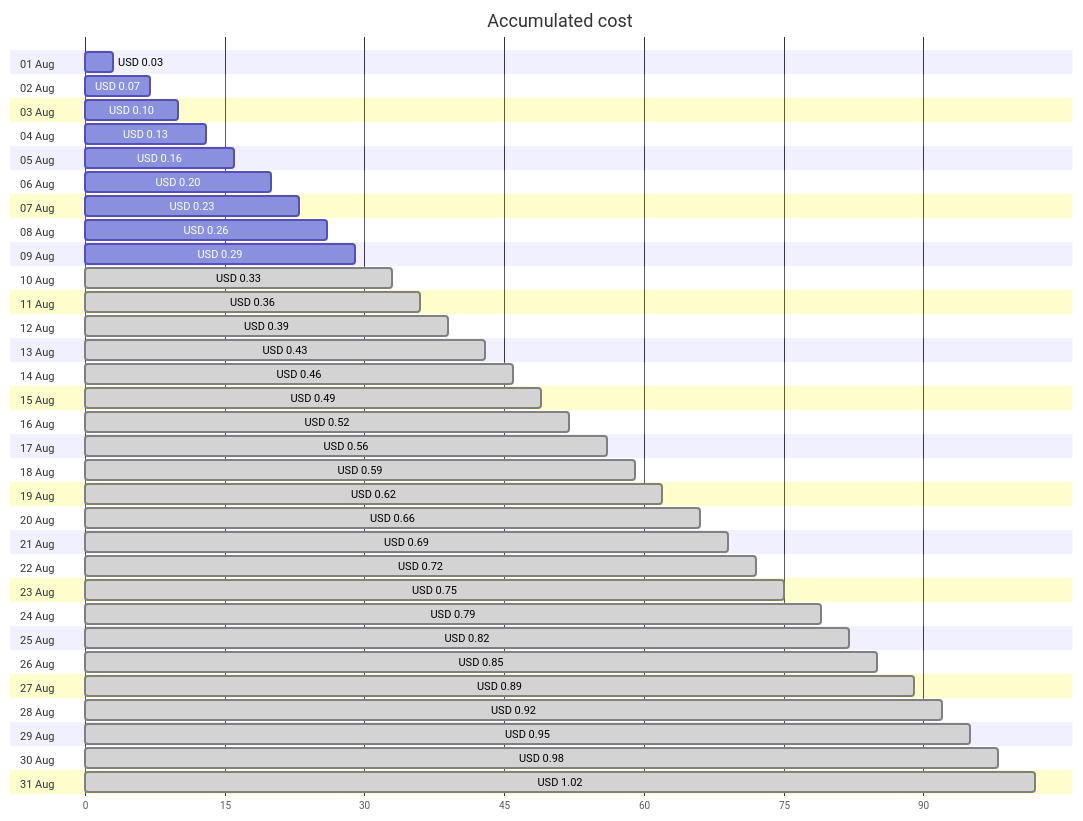
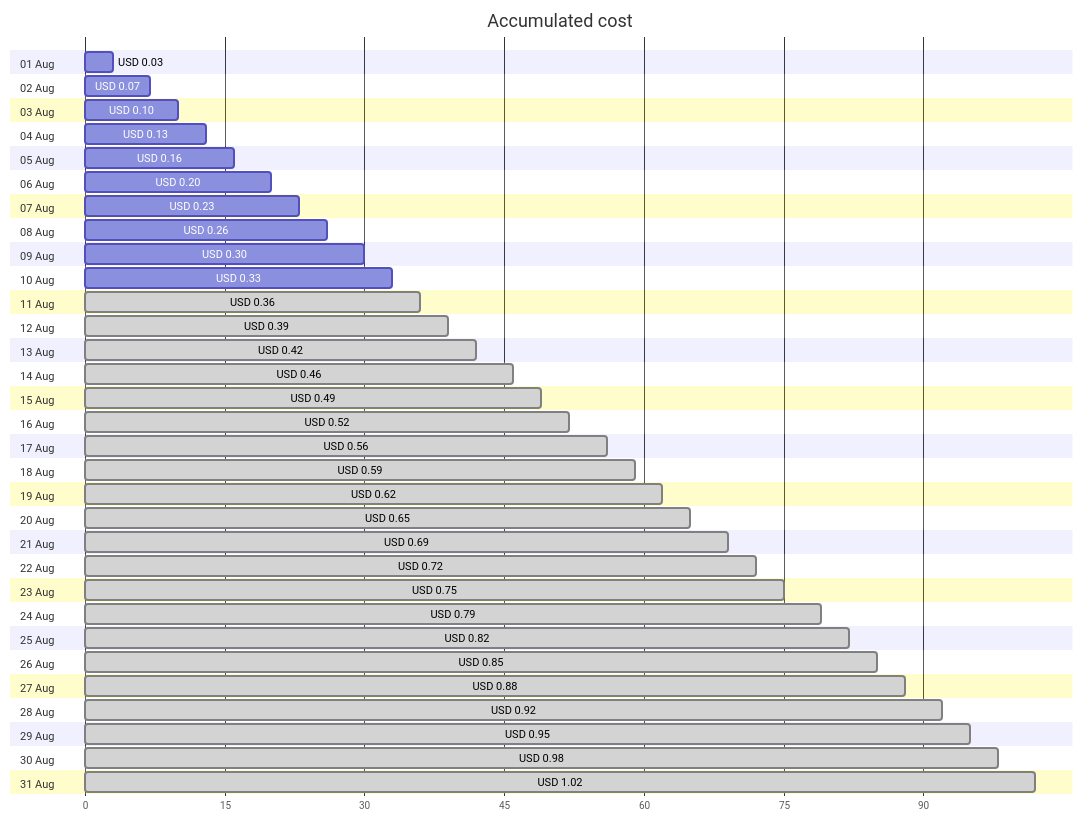
The first of 4 diagrams in cost-reports/personal-dns/README.md (jpfulton/azure-personal-reports), drawn with Mermaid before and after one commit. The commit also changed other lines of this file and 2 other files, not shown here.

````diff
--- a/cost-reports/personal-dns/README.md
+++ b/cost-reports/personal-dns/README.md
@@ -20,68 +20,68 @@
 ```mermaid
 gantt
    title Accumulated cost
    dateFormat  X
    axisFormat %s
    section 01 Aug
    USD 0.03 :0, 3
    section 02 Aug
    USD 0.07 :0, 7
    section 03 Aug
    USD 0.10 :0, 10
    section 04 Aug
    USD 0.13 :0, 13
    section 05 Aug
    USD 0.16 :0, 16
    section 06 Aug
    USD 0.20 :0, 20
    section 07 Aug
    USD 0.23 :0, 23
    section 08 Aug
    USD 0.26 :0, 26
    section 09 Aug
-   USD 0.29 :0, 29
+   USD 0.30 :0, 30
    section 10 Aug
-   USD 0.33 : done, 0, 33
+   USD 0.33 :0, 33
    section 11 Aug
    USD 0.36 : done, 0, 36
    section 12 Aug
    USD 0.39 : done, 0, 39
    section 13 Aug
-   USD 0.43 : done, 0, 43
+   USD 0.42 : done, 0, 42
    section 14 Aug
    USD 0.46 : done, 0, 46
    section 15 Aug
    USD 0.49 : done, 0, 49
    section 16 Aug
    USD 0.52 : done, 0, 52
    section 17 Aug
    USD 0.56 : done, 0, 56
    section 18 Aug
    USD 0.59 : done, 0, 59
    section 19 Aug
    USD 0.62 : done, 0, 62
    section 20 Aug
-   USD 0.66 : done, 0, 66
+   USD 0.65 : done, 0, 65
    section 21 Aug
    USD 0.69 : done, 0, 69
    section 22 Aug
    USD 0.72 : done, 0, 72
    section 23 Aug
    USD 0.75 : done, 0, 75
    section 24 Aug
    USD 0.79 : done, 0, 79
    section 25 Aug
    USD 0.82 : done, 0, 82
    section 26 Aug
    USD 0.85 : done, 0, 85
    section 27 Aug
-   USD 0.89 : done, 0, 89
+   USD 0.88 : done, 0, 88
    section 28 Aug
    USD 0.92 : done, 0, 92
    section 29 Aug
    USD 0.95 : done, 0, 95
    section 30 Aug
    USD 0.98 : done, 0, 98
    section 31 Aug
    USD 1.02 : done, 0, 102
 ```
````
